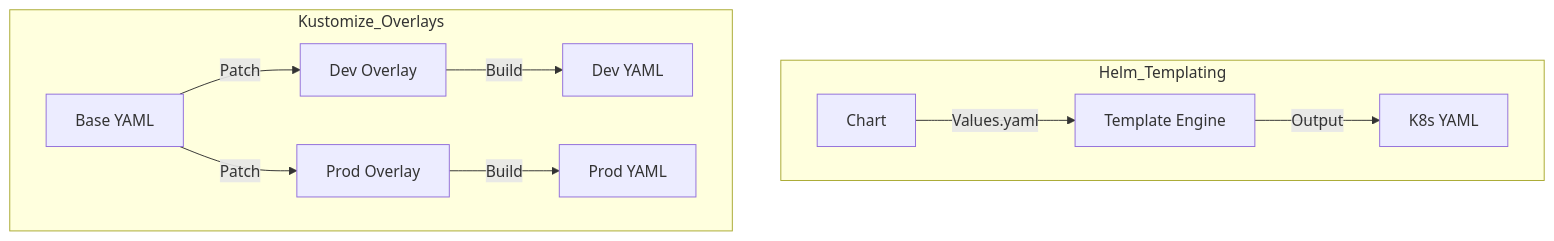
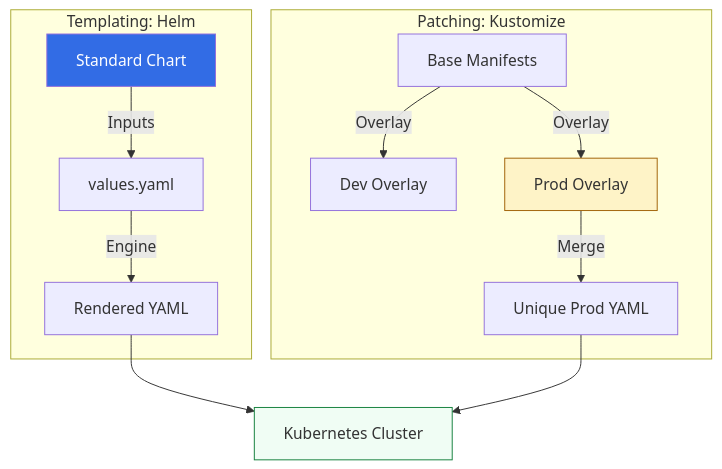
Before and after one commit to Ganil151/Devops: the diagram in 2-Intermediate/02-Phase-2/01-Infrastructure-Automation/02-Config-Management/05-Kubernetes-Config-Management/README.md, drawn with Mermaid. The commit also changed other lines of this file and 281 other files, not shown here.

````diff
--- a/2-Intermediate/02-Phase-2/01-Infrastructure-Automation/02-Config-Management/05-Kubernetes-Config-Management/README.md
+++ b/2-Intermediate/02-Phase-2/01-Infrastructure-Automation/02-Config-Management/05-Kubernetes-Config-Management/README.md
@@ -13,14 +13,20 @@
 ```mermaid
 graph TD
-    subgraph Helm_Templating
-        H_CHART[Chart] -->|Values.yaml| H_RENDER[Template Engine]
-        H_RENDER -->|Output| K_YAML[K8s YAML]
+    subgraph Helm_Templating[Templating: Helm]
+        H_CHART[Standard Chart] -->|Inputs| H_VAL[values.yaml]
+        H_VAL -- Engine --> H_RENDER[Rendered YAML]
     end
     
-    subgraph Kustomize_Overlays
-        K_BASE[Base YAML] -->|Patch| K_DEV[Dev Overlay]
-        K_BASE -->|Patch| K_PROD[Prod Overlay]
-        K_DEV -->|Build| D_YAML[Dev YAML]
-        K_PROD -->|Build| P_YAML[Prod YAML]
+    subgraph Kustomize_Patching[Patching: Kustomize]
+        K_BASE[Base Manifests] -->|Overlay| K_DEV[Dev Overlay]
+        K_BASE -->|Overlay| K_PROD[Prod Overlay]
+        K_PROD -- Merge --> K_YAML[Unique Prod YAML]
     end
+    
+    H_RENDER --> K8S[Kubernetes Cluster]
+    K_YAML --> K8S
+    
+    style H_CHART fill:#326ce5,color:#fff
+    style K_PROD fill:#fef3c7,stroke:#a16207
+    style K8S fill:#f0fdf4,stroke:#15803d
 ```
````
